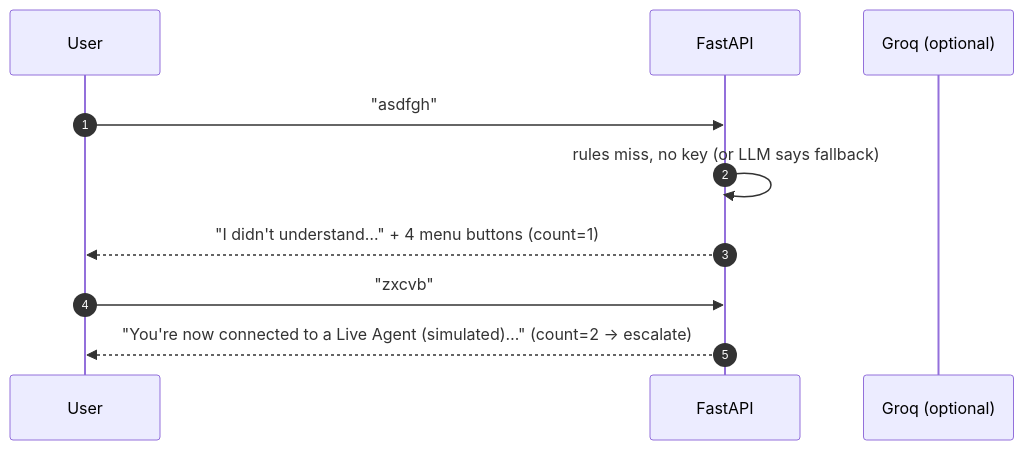
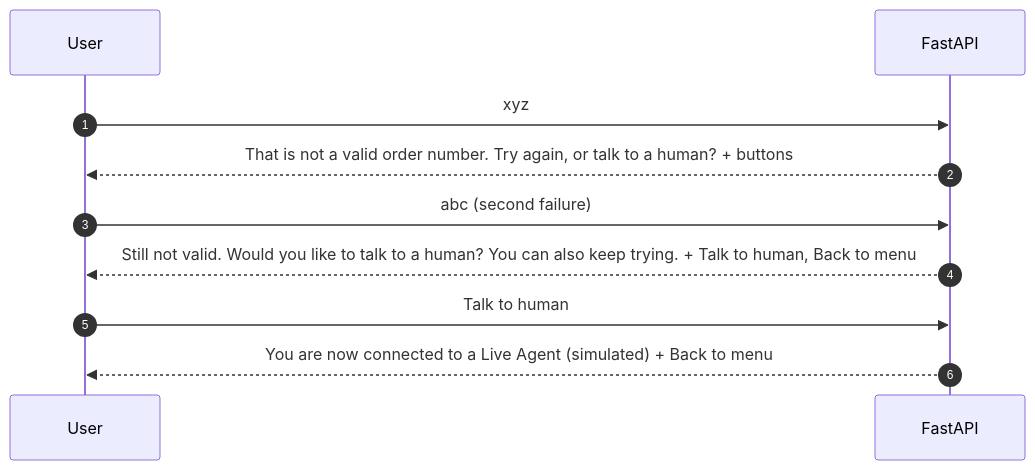
The seventh of 9 diagrams in architecture.md (pkbros/cutomerBot2), drawn with Mermaid before and after one commit. The commit also changed other lines of this file and 19 other files, not shown here.

````diff
--- a/architecture.md
+++ b/architecture.md
@@ -278,14 +254,12 @@
 ```mermaid
 sequenceDiagram
     autonumber
     participant U as User
     participant B as FastAPI
-    participant G as Groq (optional)
-
-    U->>B: "asdfgh"
-    B->>B: rules miss, no key (or LLM says fallback)
-    B-->>U: "I didn't understand…" + 4 menu buttons (count=1)
-
-    U->>B: "zxcvb"
-    B-->>U: "You're now connected to a Live Agent (simulated)…" (count=2 → escalate)
+    U->>B: xyz
+    B-->>U: That is not a valid order number. Try again, or talk to a human? + buttons
+    U->>B: abc (second failure)
+    B-->>U: Still not valid. Would you like to talk to a human? You can also keep trying. + Talk to human, Back to menu
+    U->>B: Talk to human
+    B-->>U: You are now connected to a Live Agent (simulated) + Back to menu
 ```
````
